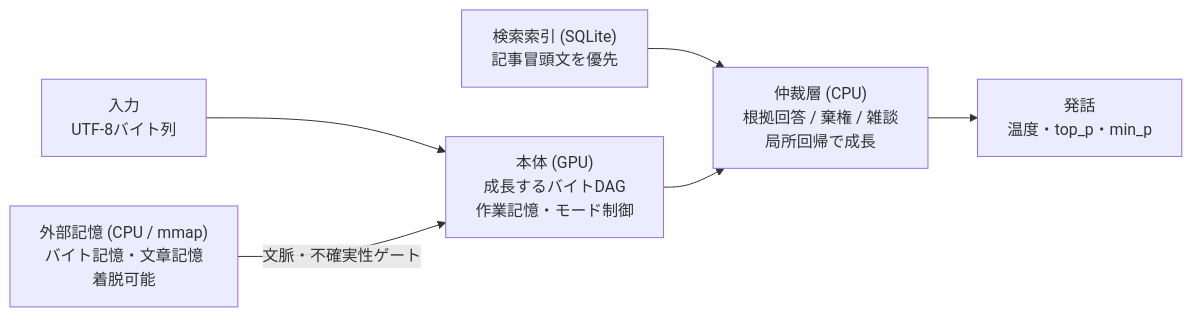
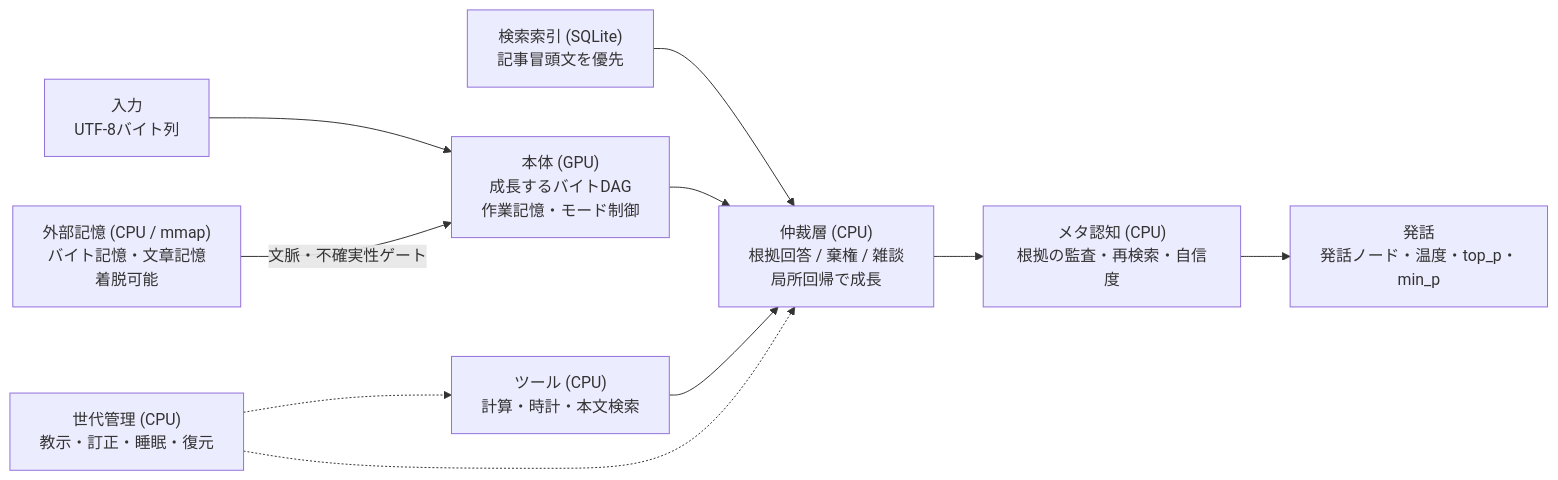
The diagram in docs/architecture.md (cardy0828/enne), drawn with Mermaid before and after one commit. The commit also changed other lines of this file and 63 other files, not shown here.

````diff
--- a/docs/architecture.md
+++ b/docs/architecture.md
@@ -5,8 +5,12 @@
 ```mermaid
 flowchart LR
   IN["入力<br/>UTF-8バイト列"] --> CORE["本体 (GPU)<br/>成長するバイトDAG<br/>作業記憶・モード制御"]
   MEM["外部記憶 (CPU / mmap)<br/>バイト記憶・文章記憶<br/>着脱可能"] -- "文脈・不確実性ゲート" --> CORE
   IDX["検索索引 (SQLite)<br/>記事冒頭文を優先"] --> ARB
   CORE --> ARB["仲裁層 (CPU)<br/>根拠回答 / 棄権 / 雑談<br/>局所回帰で成長"]
-  ARB --> OUT["発話<br/>温度・top_p・min_p"]
+  TOOL["ツール (CPU)<br/>計算・時計・本文検索"] --> ARB
+  ARB --> META["メタ認知 (CPU)<br/>根拠の監査・再検索・自信度"]
+  META --> OUT["発話<br/>発話ノード・温度・top_p・min_p"]
+  EVO["世代管理 (CPU)<br/>教示・訂正・睡眠・復元"] -.-> TOOL
+  EVO -.-> ARB
 ```
````
